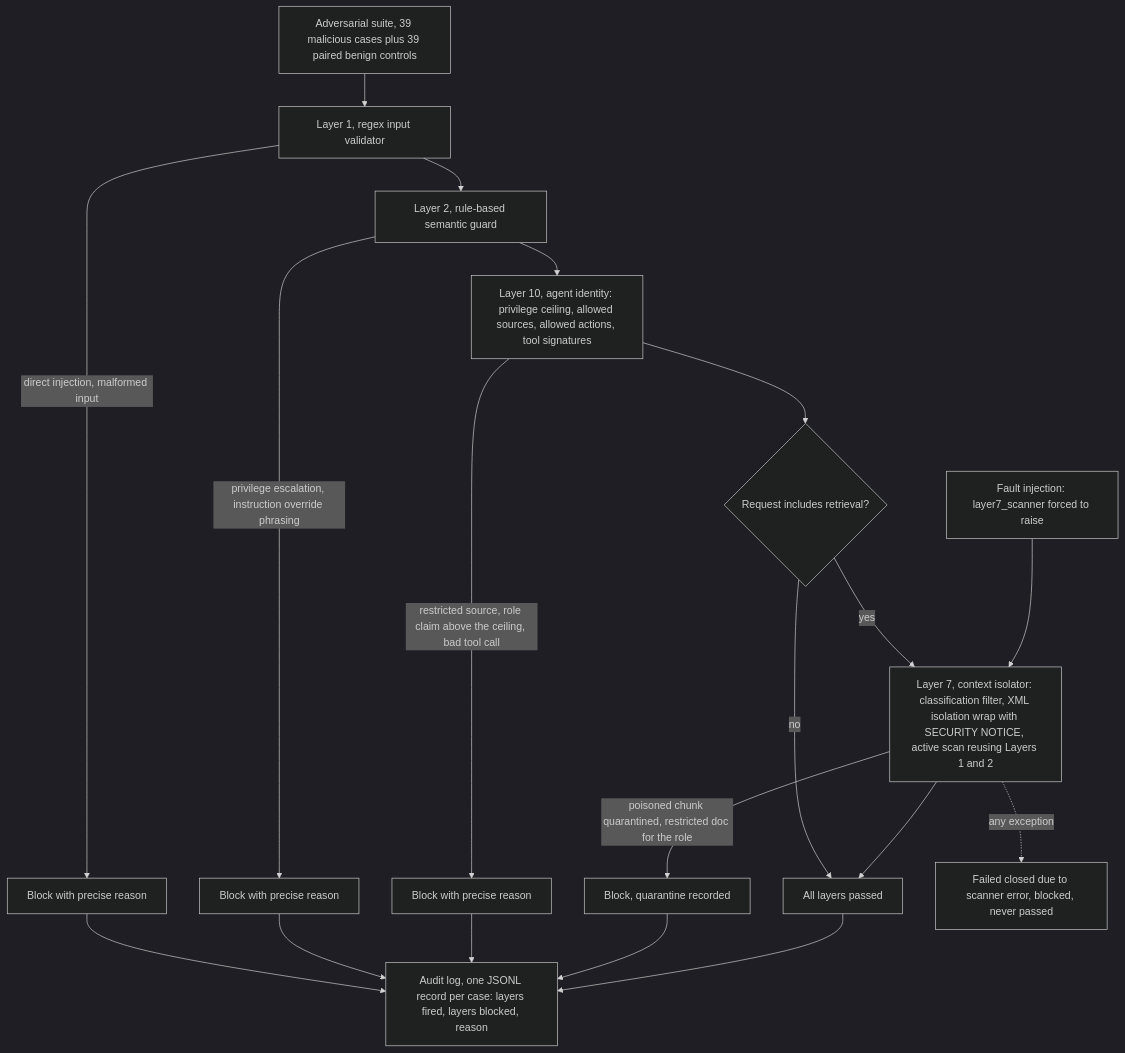
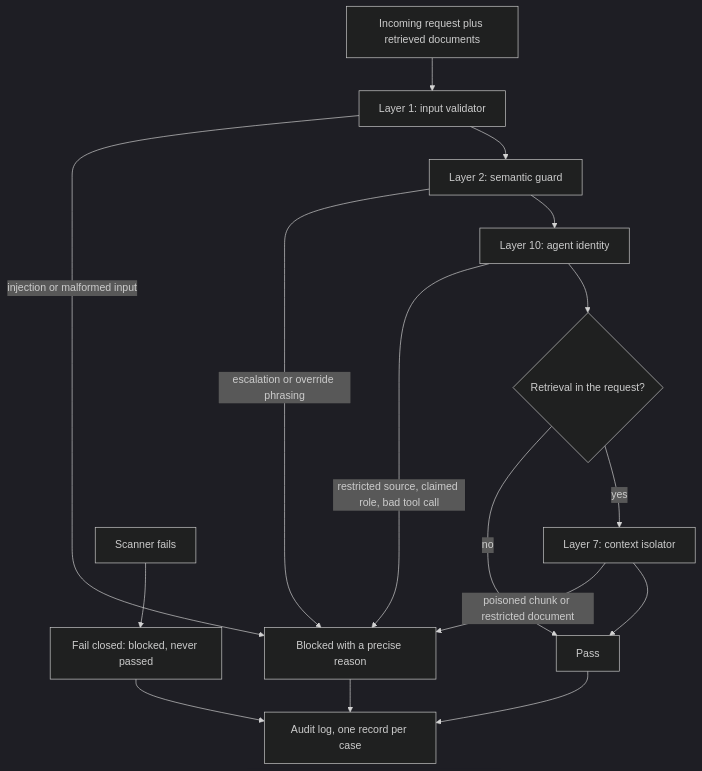
One commit to the-write-path-code/ch15-agentic-cicd changed the diagram in workflow/redteam-pipeline-15-4.mmd. Above: the diagram before and after it, drawn with Mermaid (dark theme). The commit also changed 7 other files, not shown here.

Commit message:
Simplify chapter diagrams, drop the publisher name, remove the stray chapter reference

```diff
--- a/workflow/redteam-pipeline-15-4.mmd
+++ b/workflow/redteam-pipeline-15-4.mmd
@@ -1,19 +1,16 @@
 flowchart TD
-    SUITE["Adversarial suite, 39 malicious cases plus 39 paired benign controls"] --> L1["Layer 1, regex input validator"]
-    L1 -- "direct injection, malformed input" --> B1["Block with precise reason"]
-    L1 --> L2["Layer 2, rule-based semantic guard"]
-    L2 -- "privilege escalation, instruction override phrasing" --> B2["Block with precise reason"]
-    L2 --> L10["Layer 10, agent identity: privilege ceiling, allowed sources, allowed actions, tool signatures"]
-    L10 -- "restricted source, role claim above the ceiling, bad tool call" --> B3["Block with precise reason"]
-    L10 --> RETQ{"Request includes retrieval?"}
-    RETQ -- no --> PASS["All layers passed"]
-    RETQ -- yes --> L7["Layer 7, context isolator: classification filter, XML isolation wrap with SECURITY NOTICE, active scan reusing Layers 1 and 2"]
-    L7 -- "poisoned chunk quarantined, restricted doc for the role" --> B4["Block, quarantine recorded"]
-    L7 --> PASS
-    B1 --> AUDIT["Audit log, one JSONL record per case: layers fired, layers blocked, reason"]
-    B2 --> AUDIT
-    B3 --> AUDIT
-    B4 --> AUDIT
-    PASS --> AUDIT
-    FAULT["Fault injection: layer7_scanner forced to raise"] --> L7
-    L7 -. "any exception" .-> FC["Failed closed due to scanner error, blocked, never passed"]
+    A["Incoming request plus retrieved documents"] --> B["Layer 1: input validator"]
+    B -- "injection or malformed input" --> Z["Blocked with a precise reason"]
+    B --> C["Layer 2: semantic guard"]
+    C -- "escalation or override phrasing" --> Z
+    C --> D["Layer 10: agent identity"]
+    D -- "restricted source, claimed role, bad tool call" --> Z
+    D --> E{"Retrieval in the request?"}
+    E -- "no" --> Y["Pass"]
+    E -- "yes" --> F["Layer 7: context isolator"]
+    F -- "poisoned chunk or restricted document" --> Z
+    F --> Y
+    Y --> W["Audit log, one record per case"]
+    Z --> W
+    X["Scanner fails"] --> V["Fail closed: blocked, never passed"]
+    V --> W
```
